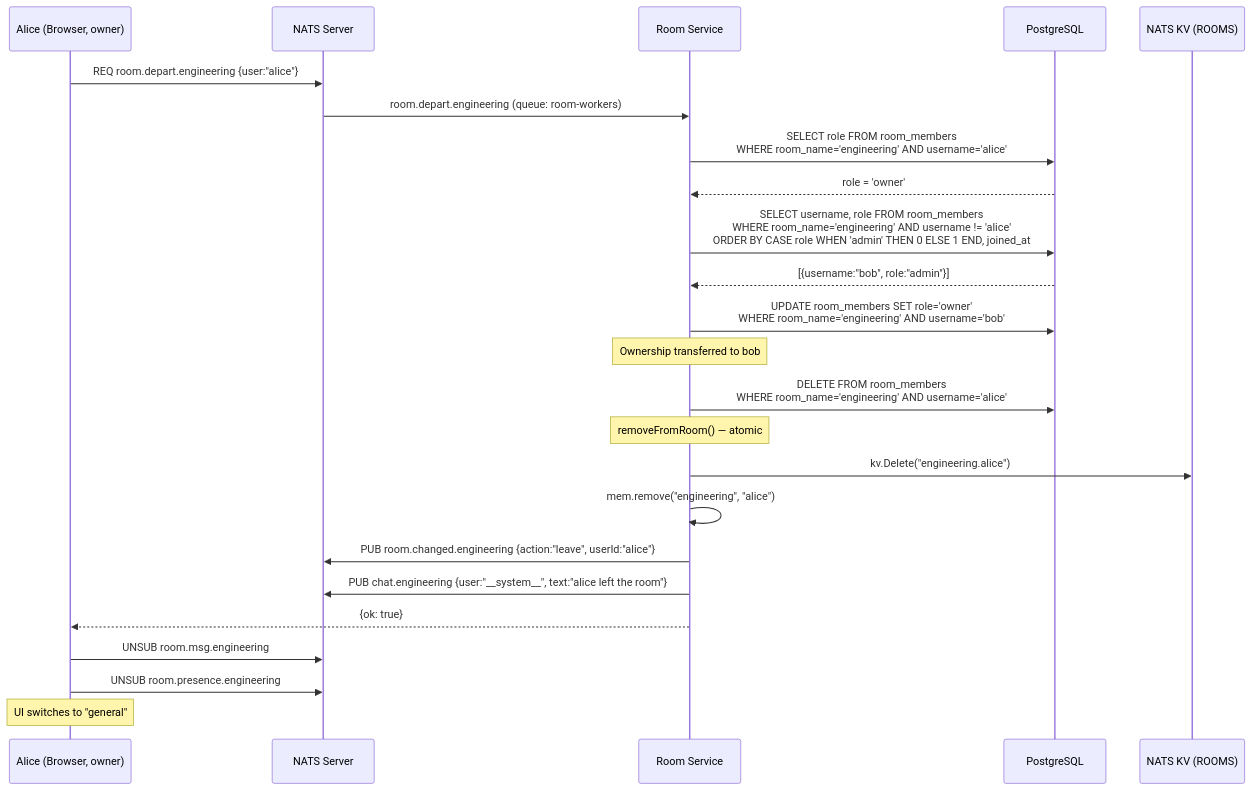
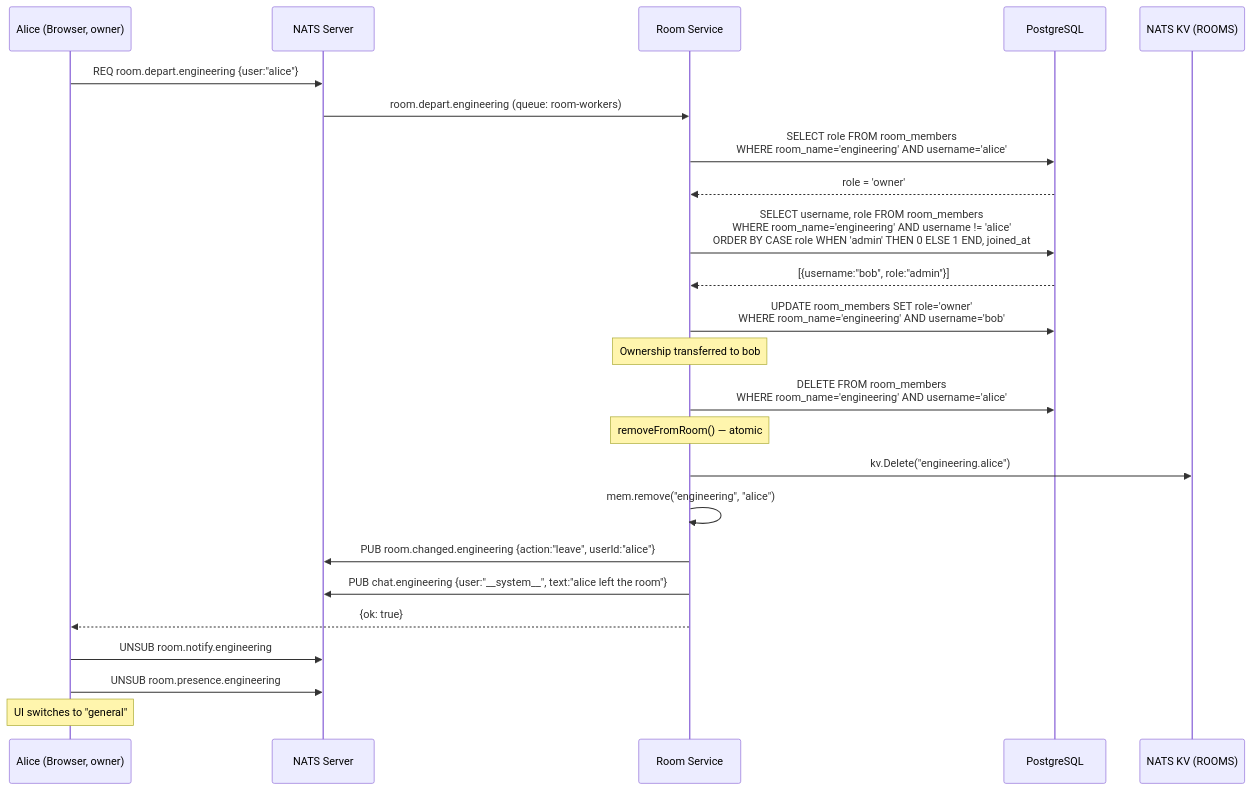
Before and after one commit to julianshen/nats-chat-keycloak: diagram 16 of 16 in docs/plans/2026-02-25-room-subscription-design.md, drawn with Mermaid. The commit also changed other lines of this file, not shown here.

First line of the commit message:
docs: rewrite room subscription design for two-stream architecture

````diff
--- a/docs/plans/2026-02-25-room-subscription-design.md
+++ b/docs/plans/2026-02-25-room-subscription-design.md
@@ -525,35 +585,35 @@
 ```mermaid
 sequenceDiagram
     participant Alice as Alice (Browser, owner)
     participant NATS as NATS Server
     participant RoomSvc as Room Service
     participant DB as PostgreSQL
     participant KV as NATS KV (ROOMS)
 
     Alice->>NATS: REQ room.depart.engineering {user:"alice"}
     NATS->>RoomSvc: room.depart.engineering (queue: room-workers)
 
     RoomSvc->>DB: SELECT role FROM room_members<br/>WHERE room_name='engineering' AND username='alice'
     DB-->>RoomSvc: role = 'owner'
 
     RoomSvc->>DB: SELECT username, role FROM room_members<br/>WHERE room_name='engineering' AND username != 'alice'<br/>ORDER BY CASE role WHEN 'admin' THEN 0 ELSE 1 END, joined_at
     DB-->>RoomSvc: [{username:"bob", role:"admin"}]
 
     RoomSvc->>DB: UPDATE room_members SET role='owner'<br/>WHERE room_name='engineering' AND username='bob'
     Note over RoomSvc: Ownership transferred to bob
 
     RoomSvc->>DB: DELETE FROM room_members<br/>WHERE room_name='engineering' AND username='alice'
 
     Note over RoomSvc: removeFromRoom() — atomic
 
     RoomSvc->>KV: kv.Delete("engineering.alice")
     RoomSvc->>RoomSvc: mem.remove("engineering", "alice")
     RoomSvc->>NATS: PUB room.changed.engineering {action:"leave", userId:"alice"}
 
     RoomSvc->>NATS: PUB chat.engineering {user:"__system__", text:"alice left the room"}
     RoomSvc-->>Alice: {ok: true}
 
-    Alice->>NATS: UNSUB room.msg.engineering
+    Alice->>NATS: UNSUB room.notify.engineering
     Alice->>NATS: UNSUB room.presence.engineering
     Note over Alice: UI switches to "general"
 ```
````
